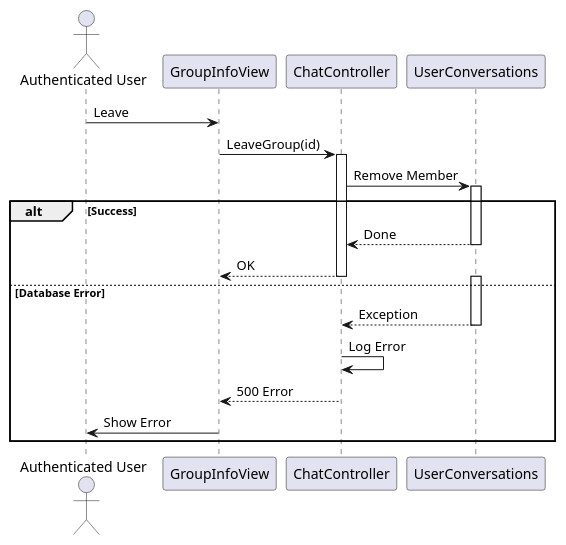
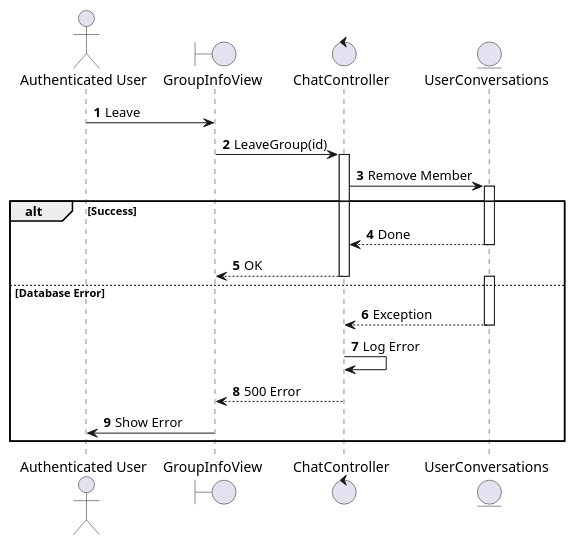
One commit to I-Love-U-3000/Favi-BE changed diagram 16 of 16 in UC_2.1.7_Chat.md. Above: the diagram before and after it, drawn with PlantUML. The commit also changed other lines of this file and 36 other files, not shown here.

````diff
--- a/UC_2.1.7_Chat.md
+++ b/UC_2.1.7_Chat.md
@@ -638,28 +651,29 @@
 ```plantuml
 @startuml
+autonumber
 actor "Authenticated User" as User
-participant "GroupInfoView" as View
-participant "ChatController" as Controller
-participant "UserConversations" as DB
+boundary "GroupInfoView" as View
+control "ChatController" as Controller
+entity "UserConversations" as DB
 
 User -> View: Leave
 View -> Controller: LeaveGroup(id)
 activate Controller
 Controller -> DB: Remove Member
 activate DB
 alt Success
     DB --> Controller: Done
     deactivate DB
     Controller --> View: OK
     deactivate Controller
 else Database Error
     activate DB
     DB --> Controller: Exception
     deactivate DB
     Controller -> Controller: Log Error
     Controller --> View: 500 Error
     deactivate Controller
     View -> User: Show Error
 end
 @enduml
 ```
````
